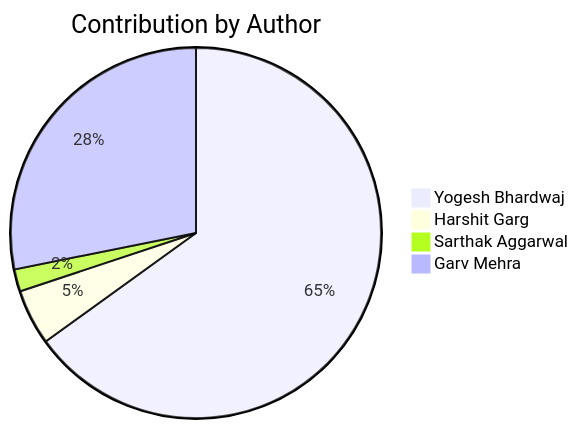
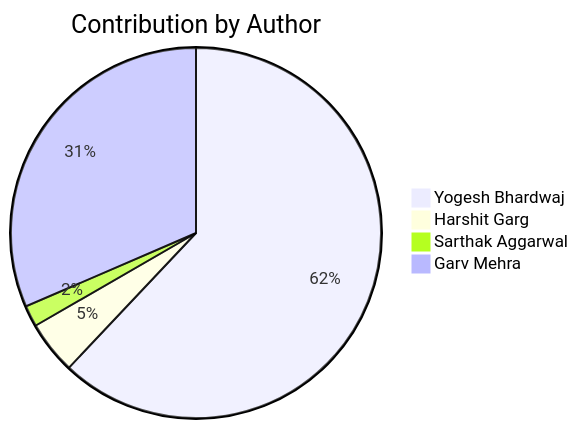
One commit to Yogesh-Bhardwaj-hue/Scm-Final_2.0 changed the second of 2 diagrams in README.md. Above: the diagram before and after it, drawn with Mermaid. The commit also changed other lines of this file, not shown here.

Commit message:
Update contribution charts

````diff
--- a/README.md
+++ b/README.md
@@ -190,7 +190,7 @@
 ```mermaid
 pie title Contribution by Author
     "Yogesh Bhardwaj": 67
     "Harshit Garg": 5
     "Sarthak Aggarwal": 2
-    "Garv Mehra": 29
+    "Garv Mehra": 34
 ```
````
